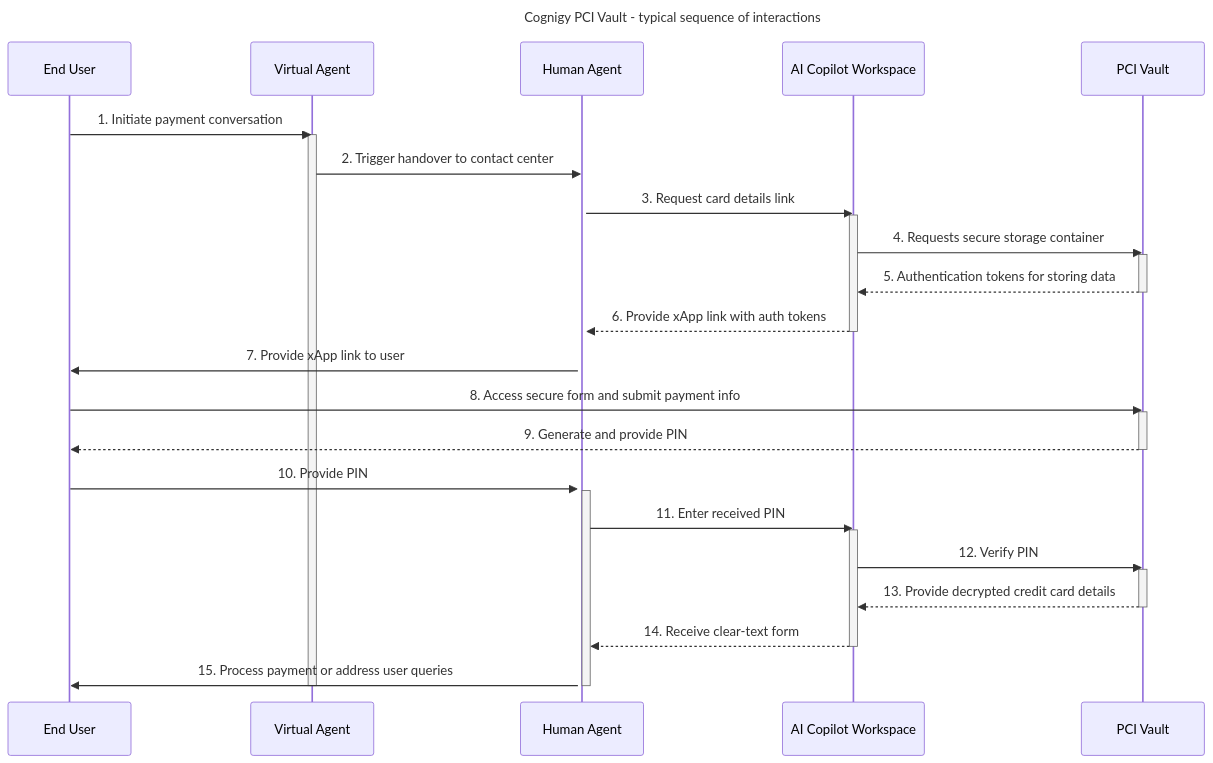
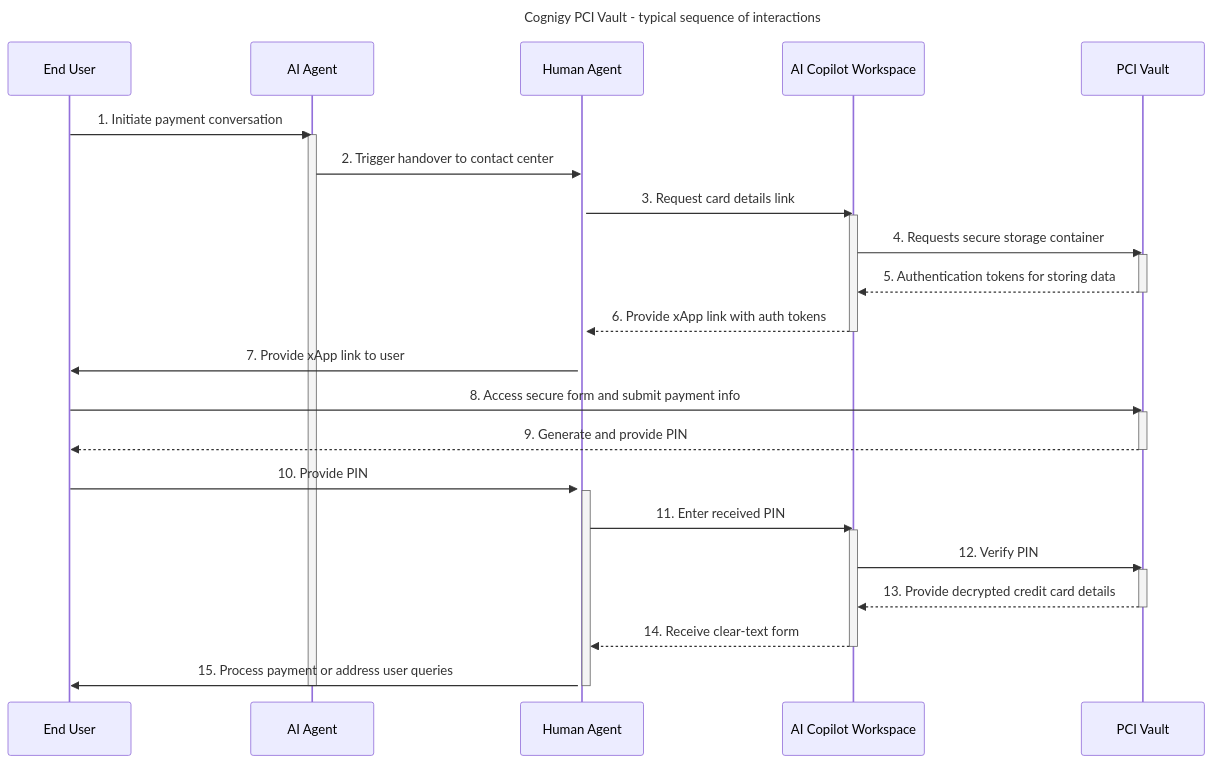
The diagram in docs/pci-vault/overview.md (Cognigy/Documentation), drawn with Mermaid before and after one commit. The commit also changed other lines of this file and 122 other files, not shown here.

Commit message:
Renaming: Agent > Project, virtual agent > AI Agent

````diff
--- a/docs/pci-vault/overview.md
+++ b/docs/pci-vault/overview.md
@@ -19,48 +19,48 @@
 ```mermaid
 sequenceDiagram
 title Cognigy PCI Vault - typical sequence of interactions
 
 participant User as End User
-participant VirtualAgent as Virtual Agent
+participant VirtualAgent as AI Agent
 participant ContactCenterAgent as Human Agent
 participant AICopilot as AI Copilot Workspace
 participant PCIVault as PCI Vault
 
 User->>VirtualAgent: 1. Initiate payment conversation
 activate VirtualAgent
 
 VirtualAgent->>ContactCenterAgent: 2. Trigger handover to contact center
 activate ContactCenterAgent
 
 ContactCenterAgent->>AICopilot: 3. Request card details link
 activate AICopilot
 AICopilot->>PCIVault: 4. Requests secure storage container
 activate PCIVault
 PCIVault-->>AICopilot: 5. Authentication tokens for storing data
 deactivate PCIVault
 AICopilot-->>ContactCenterAgent: 6. Provide xApp link with auth tokens
 deactivate AICopilot
 
 ContactCenterAgent->>User: 7. Provide xApp link to user
 
 User->>PCIVault: 8. Access secure form and submit payment info
 activate PCIVault
 PCIVault-->>User: 9. Generate and provide PIN
 deactivate PCIVault
 
 User->>ContactCenterAgent: 10. Provide PIN
 activate ContactCenterAgent
 ContactCenterAgent->>AICopilot: 11. Enter received PIN
 activate AICopilot
 AICopilot->>PCIVault: 12. Verify PIN
 activate PCIVault
 PCIVault-->>AICopilot: 13. Provide decrypted credit card details
 deactivate PCIVault
 AICopilot-->>ContactCenterAgent: 14. Receive clear-text form
 deactivate AICopilot
 
 ContactCenterAgent->>User: 15. Process payment or address user queries
 
 deactivate ContactCenterAgent
 deactivate VirtualAgent
 ```
````
